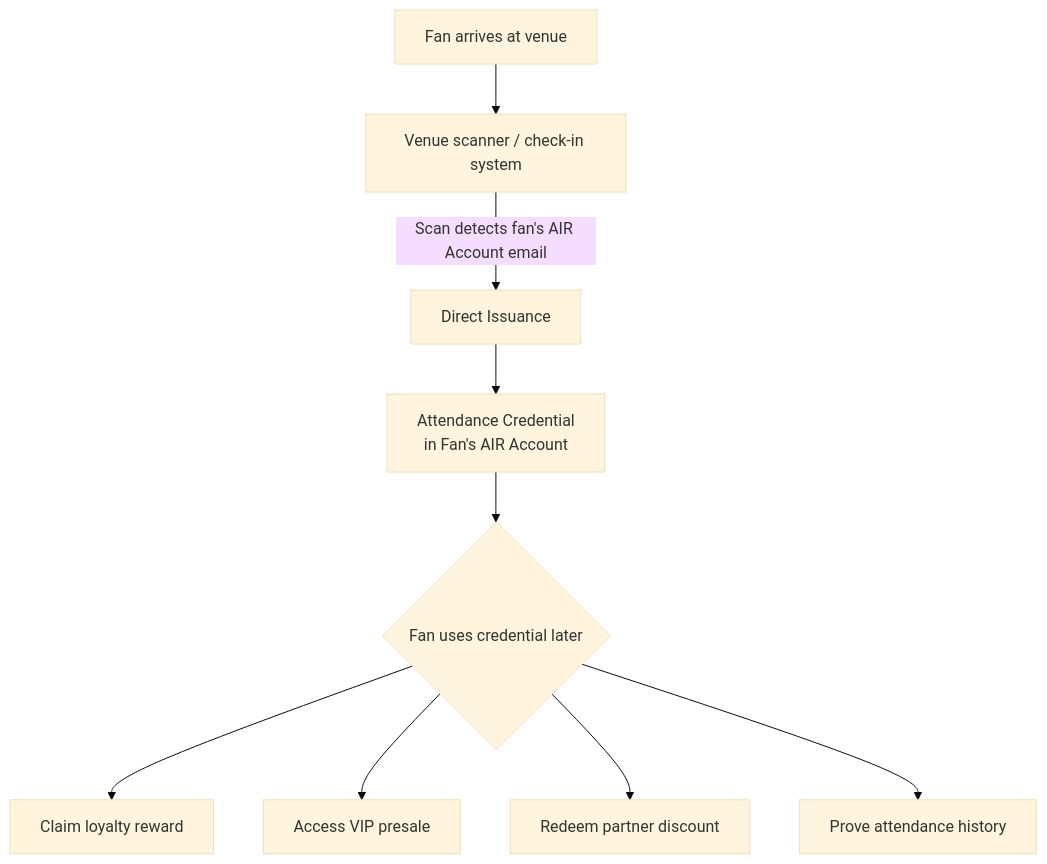
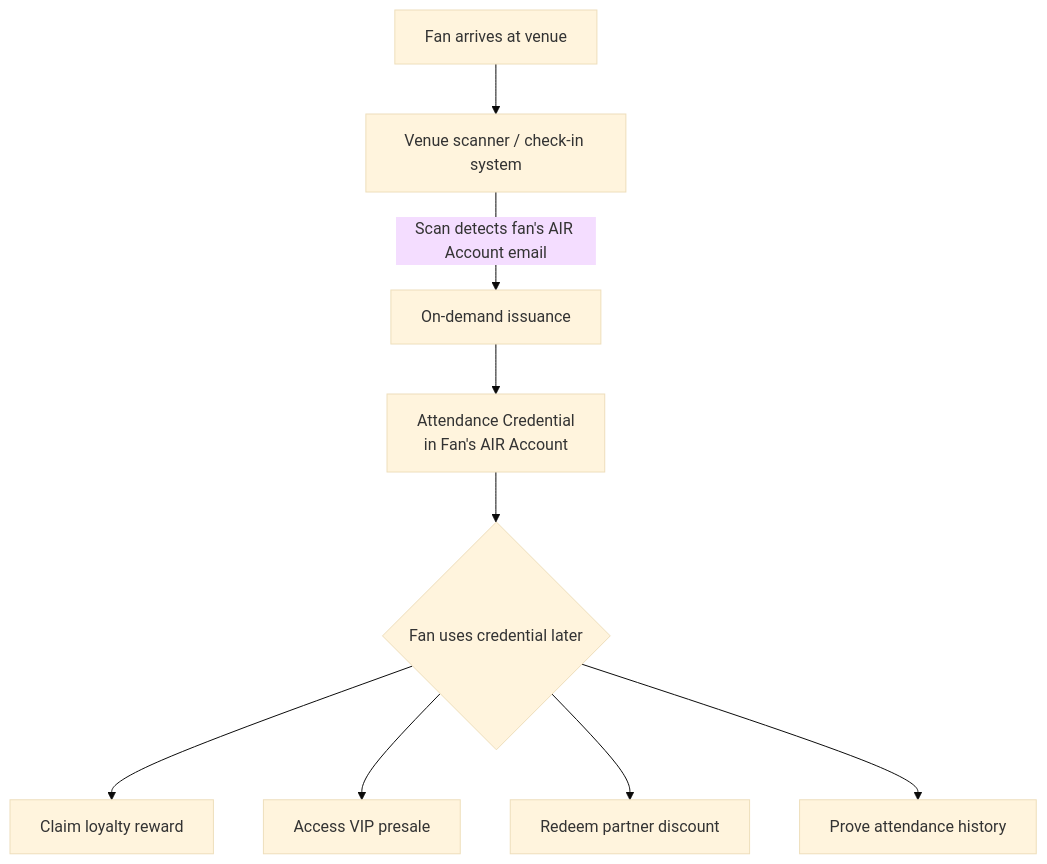
Before and after one commit to MocaNetwork/docs: the diagram in airkit/guides/air-for-ticketing.mdx, drawn with Mermaid (base theme). The commit also changed other lines of this file and 31 other files, not shown here.

````diff
--- a/airkit/guides/air-for-ticketing.mdx
+++ b/airkit/guides/air-for-ticketing.mdx
@@ -19,12 +19,12 @@
 ```mermaid
 graph TD
     A[Fan arrives at venue] --> B["Venue scanner / check-in system"]
-    B -->|"Scan detects fan's AIR Account email"| C[Direct Issuance]
+    B -->|"Scan detects fan's AIR Account email"| C[On-demand issuance]
     C --> D["Attendance Credential\nin Fan's AIR Account"]
 
     D --> E{Fan uses credential later}
     E --> F[Claim loyalty reward]
     E --> G[Access VIP presale]
     E --> H[Redeem partner discount]
     E --> I[Prove attendance history]
 ```
````
